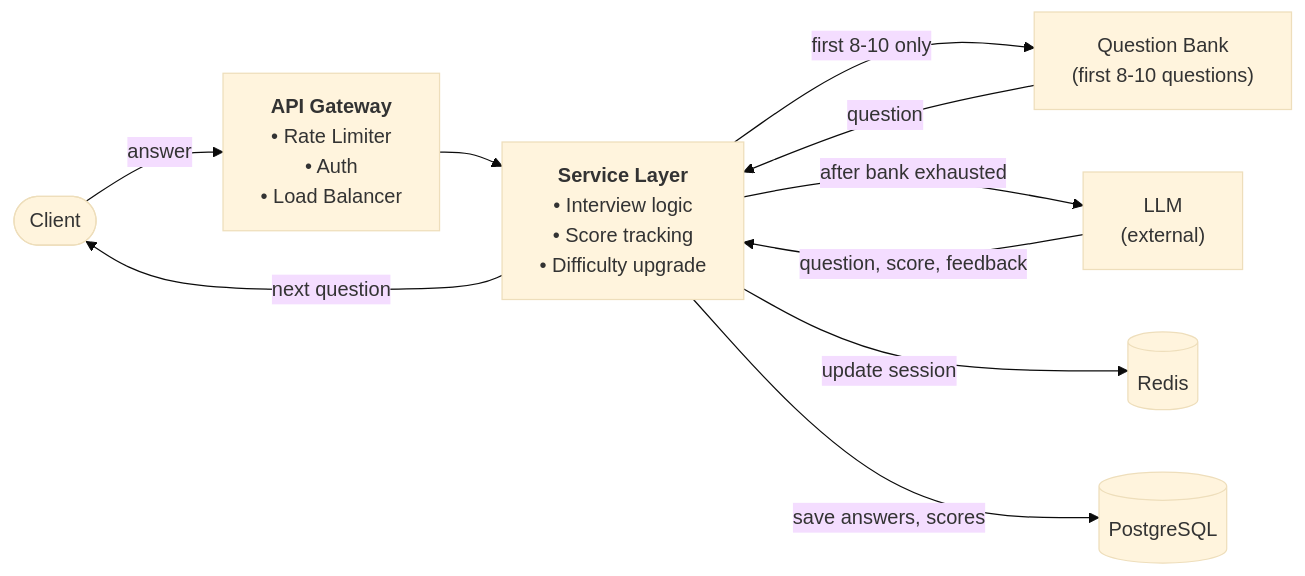
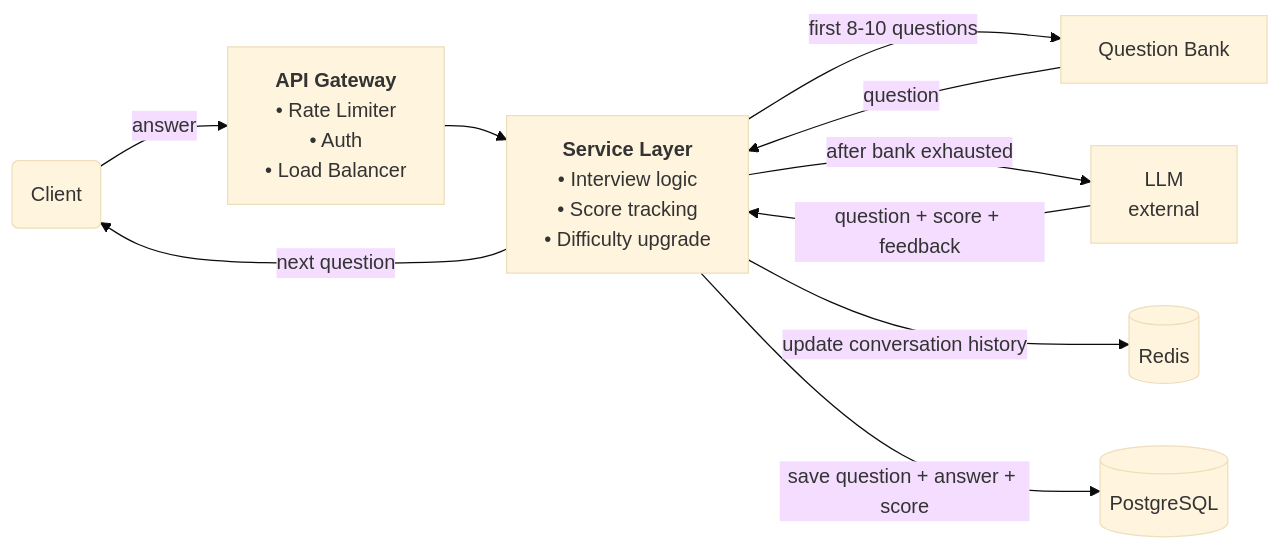
Before and after one commit to shivam-tamboli/GrillMyProject: the third of 3 diagrams in SYSTEM_DESIGN.md, drawn with Mermaid (base theme). The commit also changed other lines of this file, not shown here.

Commit message:
fix live interview diagram and update component breakdown

````diff
--- a/SYSTEM_DESIGN.md
+++ b/SYSTEM_DESIGN.md
@@ -377,20 +377,20 @@
 ```mermaid
 flowchart LR
-    Client([Client])
+    Client(Client)
     GW["<b>API Gateway</b><br/>• Rate Limiter<br/>• Auth<br/>• Load Balancer"]
     SVC["<b>Service Layer</b><br/>• Interview logic<br/>• Score tracking<br/>• Difficulty upgrade"]
-    QB["Question Bank<br/>(first 8-10 questions)"]
-    LLM["LLM<br/>(external)"]
+    QB[Question Bank]
+    LLM["LLM<br/>external"]
     RD[(Redis)]
     PG[(PostgreSQL)]
 
-    Client -->|"answer"| GW
+    Client -->|answer| GW
     GW --> SVC
-    SVC -->|"next question"| Client
-    SVC -->|"first 8-10 only"| QB
-    QB -->|"question"| SVC
-    SVC -->|"after bank exhausted"| LLM
-    LLM -->|"question, score, feedback"| SVC
-    SVC -->|"update session"| RD
-    SVC -->|"save answers, scores"| PG
+    SVC -->|next question| Client
+    SVC -->|first 8-10 questions| QB
+    QB -->|question| SVC
+    SVC -->|after bank exhausted| LLM
+    LLM -->|question + score + feedback| SVC
+    SVC -->|update conversation history| RD
+    SVC -->|save question + answer + score| PG
 ```
````
